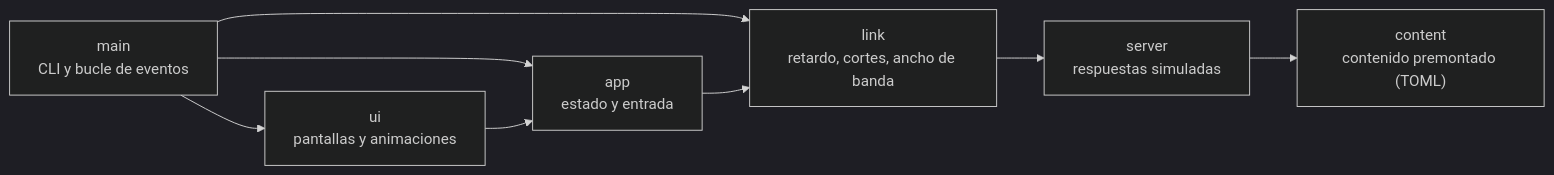
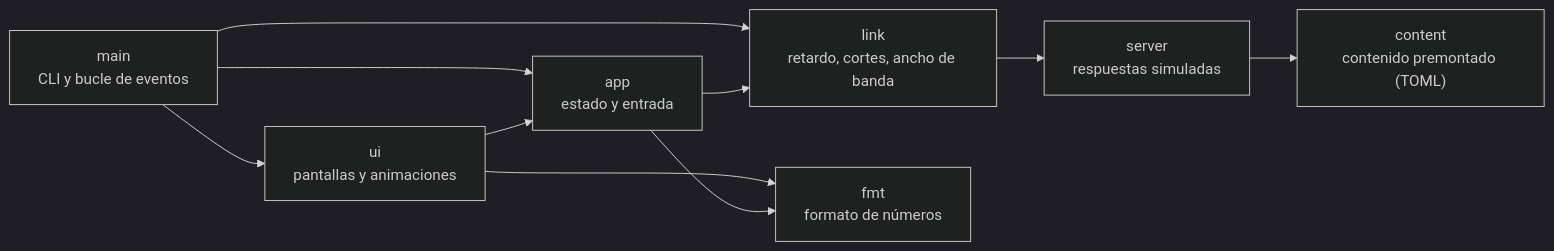
One commit to AdriaBC06/Lunar-Link changed the first of 2 diagrams in docs/ARCHITECTURE.md. Above: the diagram before and after it, drawn with Mermaid (dark theme). The commit also changed other lines of this file and 3 other files, not shown here.

````diff
--- a/docs/ARCHITECTURE.md
+++ b/docs/ARCHITECTURE.md
@@ -7,11 +7,13 @@
 ```mermaid
 flowchart LR
     main["main<br/>CLI y bucle de eventos"] --> app
     main --> ui
     main --> link
     app["app<br/>estado y entrada"] --> link
     ui["ui<br/>pantallas y animaciones"] --> app
     link["link<br/>retardo, cortes, ancho de banda"] --> server
     server["server<br/>respuestas simuladas"] --> content
     content["content<br/>contenido premontado (TOML)"]
+    ui --> fmt["fmt<br/>formato de números"]
+    app --> fmt
 ```
````
